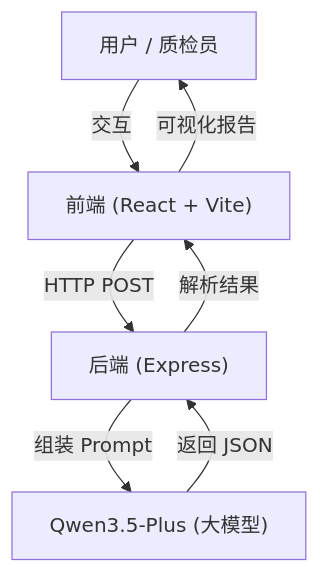
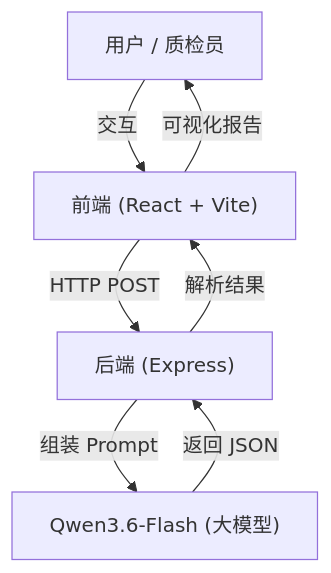
The first of 2 diagrams in README.md (HuoTaoCN/GovInsight-AI), drawn with Mermaid before and after one commit. The commit also changed other lines of this file and 8 other files, not shown here.

Commit message:
feat: update AI model to qwen3.6-flash across server, web and worker

````diff
--- a/README.md
+++ b/README.md
@@ -121,9 +121,9 @@
 ```mermaid
 graph TD
     User["用户 / 质检员"] -->|交互| Web["前端 (React + Vite)"]
     Web -->|"HTTP POST"| Server["后端 (Express)"]
-    Server -->|"组装 Prompt"| LLM["Qwen3.5-Plus (大模型)"]
+    Server -->|"组装 Prompt"| LLM["Qwen3.6-Flash (大模型)"]
     LLM -->|"返回 JSON"| Server
     Server -->|"解析结果"| Web
     Web -->|"可视化报告"| User
 ```
````
